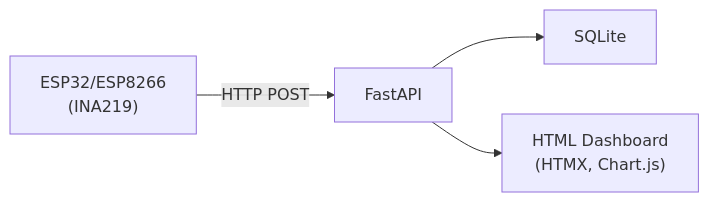
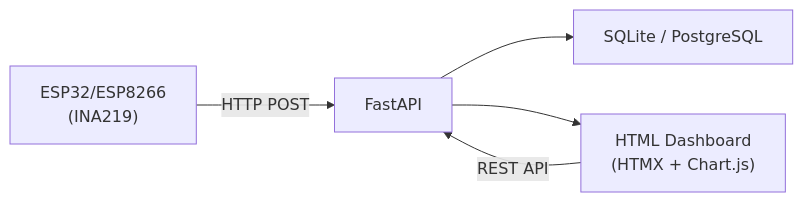
Before and after one commit to arifnd/buckpow: the diagram in README.md, drawn with Mermaid. The commit also changed other lines of this file and 5 other files, not shown here.

````diff
--- a/README.md
+++ b/README.md
@@ -21,6 +75,7 @@
 ```mermaid
 graph LR
     S["ESP32/ESP8266<br/>(INA219)"] -->|HTTP POST| API["FastAPI"]
-    API --> DB["SQLite"]
-    API --> DASH["HTML Dashboard<br/>(HTMX, Chart.js)"]
+    API --> DB["SQLite / PostgreSQL"]
+    API --> DASH["HTML Dashboard<br/>(HTMX + Chart.js)"]
+    DASH -->|REST API| API
 ```
````
